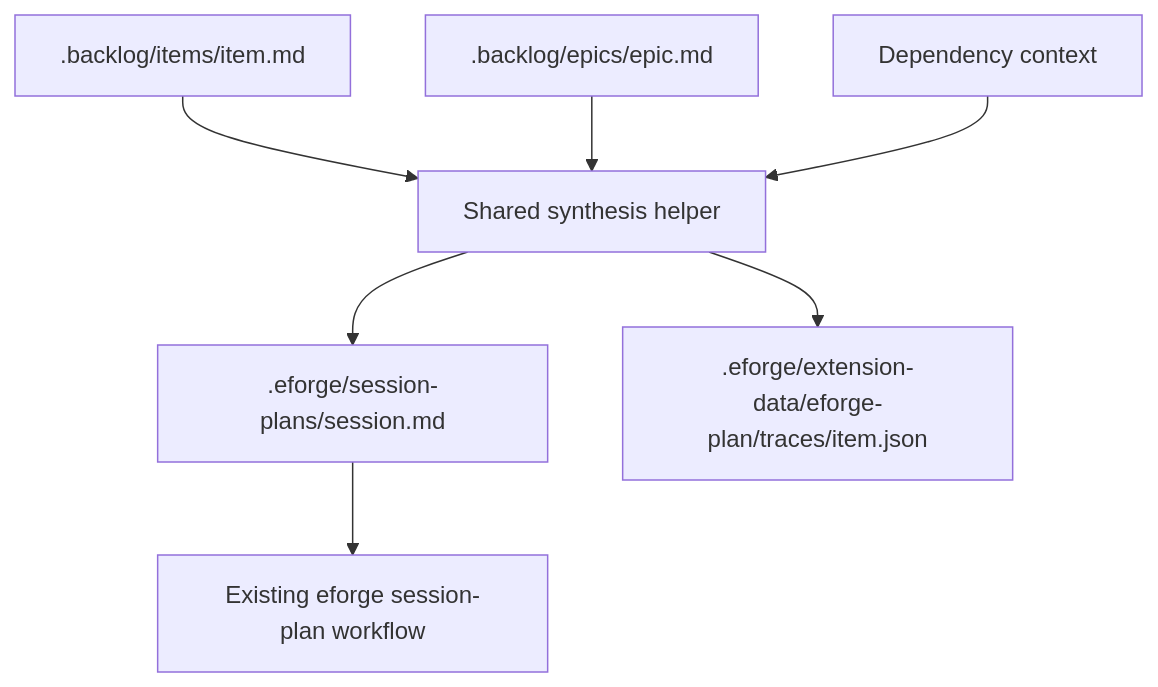
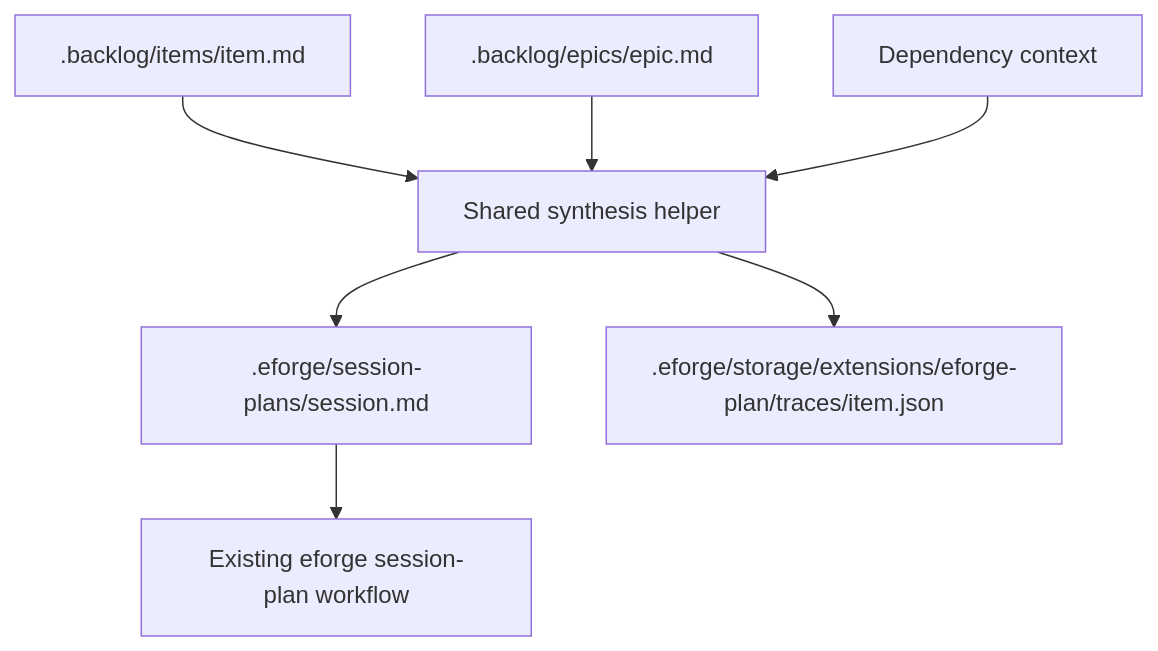
The diagram in eforge/extensions/eforge-plan/README.md (eforge-build/eforge), drawn with Mermaid before and after one commit. The commit also changed other lines of this file and 10 other files, not shown here.

First line of the commit message:
feat(plan-02-dogfood-docs): Dogfood Extension Storage Convention and Update Docs

````diff
--- a/eforge/extensions/eforge-plan/README.md
+++ b/eforge/extensions/eforge-plan/README.md
@@ -87,9 +87,9 @@
 ```mermaid
 flowchart TD
   Item[.backlog/items/item.md] --> Synthesize[Shared synthesis helper]
   Epic[.backlog/epics/epic.md] --> Synthesize
   Deps[Dependency context] --> Synthesize
   Synthesize --> Plan[.eforge/session-plans/session.md]
-  Synthesize --> Trace[.eforge/extension-data/eforge-plan/traces/item.json]
+  Synthesize --> Trace[.eforge/storage/extensions/eforge-plan/traces/item.json]
   Plan --> Engine[Existing eforge session-plan workflow]
 ```
````
